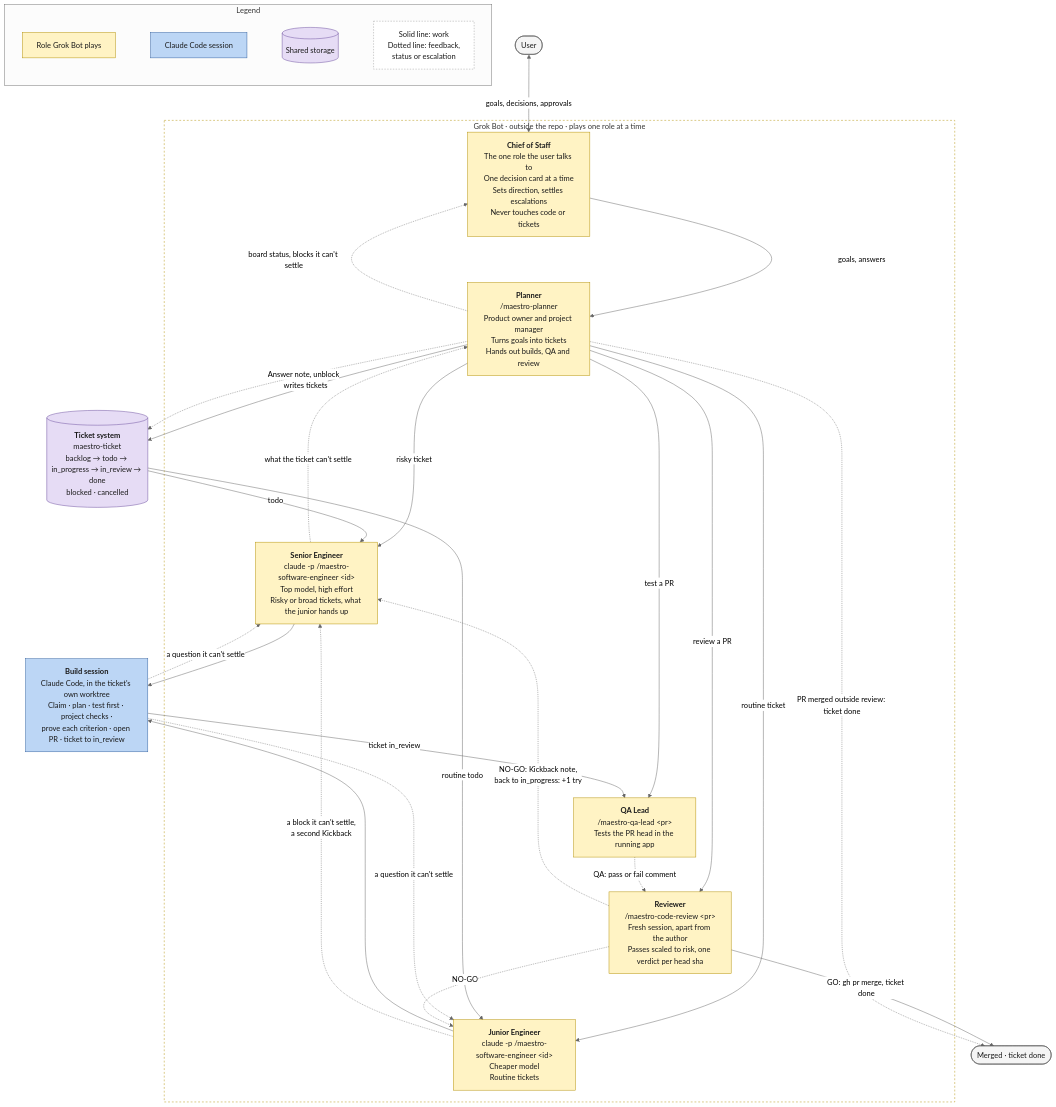
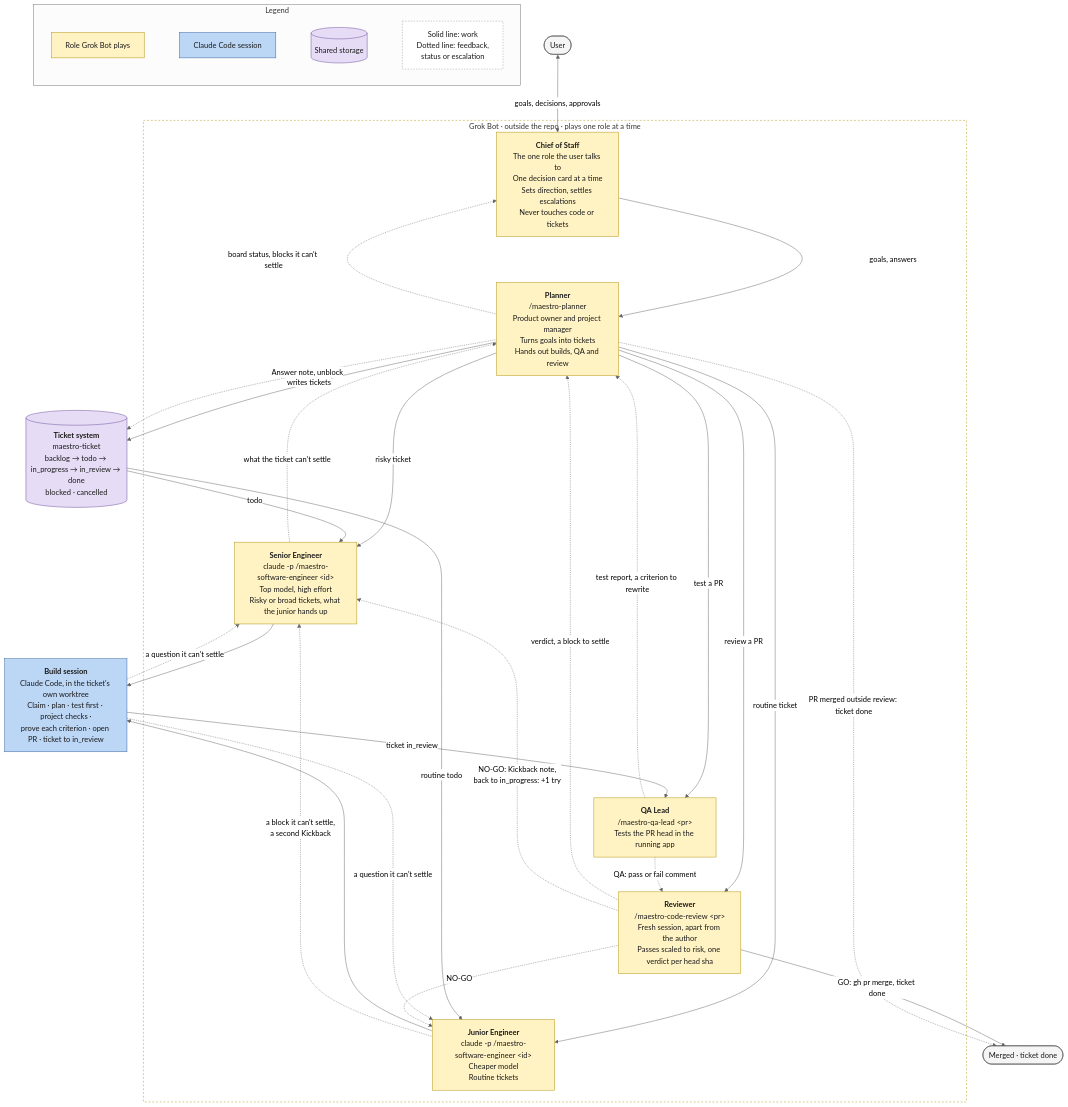
Before and after one commit to ProlesDei/maestro: the diagram in docs/team.mermaid, drawn with Mermaid (neutral theme). The commit also changed 13 other files, not shown here.

```diff
--- a/docs/team.mermaid
+++ b/docs/team.mermaid
@@ -1,72 +1,74 @@
 flowchart TD
     User([User])
 
     subgraph Grok ["Grok Bot · outside the repo · plays one role at a time"]
         CoS["<b>Chief of Staff</b><br/>The one role the user talks to<br/>One decision card at a time<br/>Sets direction, settles escalations<br/>Never touches code or tickets"]
         Planner["<b>Planner</b><br/>/maestro-planner<br/>Product owner and project manager<br/>Turns goals into tickets<br/>Hands out builds, QA and review"]
         Sr["<b>Senior Engineer</b><br/>claude -p /maestro-software-engineer &lt;id&gt;<br/>Top model, high effort<br/>Risky or broad tickets, what the junior hands up"]
         Jr["<b>Junior Engineer</b><br/>claude -p /maestro-software-engineer &lt;id&gt;<br/>Cheaper model<br/>Routine tickets"]
         QA["<b>QA Lead</b><br/>/maestro-qa-lead &lt;pr&gt;<br/>Tests the PR head in the running app"]
         Rev["<b>Reviewer</b><br/>/maestro-code-review &lt;pr&gt;<br/>Fresh session, apart from the author<br/>Passes scaled to risk, one verdict per head sha"]
     end
 
     Tickets[("<b>Ticket system</b><br/>maestro-ticket<br/>backlog → todo → in_progress → in_review → done<br/>blocked · cancelled")]
 
     Build["<b>Build session</b><br/>Claude Code, in the ticket's own worktree<br/>Claim · plan · test first · project checks ·<br/>prove each criterion · open PR · ticket to in_review"]
 
     Done([Merged · ticket done])
 
     %% User and Chief of Staff
     User <-->|"goals, decisions, approvals"| CoS
 
     %% The Chief of Staff leads through the Planner
     CoS -->|"goals, answers"| Planner
     Planner -.->|"board status, blocks it can't settle"| CoS
 
     %% The Planner hands out each job
     Planner -->|"risky ticket"| Sr
     Planner -->|"routine ticket"| Jr
     Planner -->|"test a PR"| QA
     Planner -->|"review a PR"| Rev
 
     %% Planning
     Planner -->|"writes tickets"| Tickets
     Tickets -->|"todo"| Sr
     Tickets -->|"routine todo"| Jr
 
     %% Build
     Sr --> Build
     Jr --> Build
     Build -.->|"a question it can't settle"| Sr
     Build -.->|"a question it can't settle"| Jr
     Jr -.->|"a block it can't settle,<br/>a second Kickback"| Sr
     Sr -.->|"what the ticket can't settle"| Planner
+    QA -.->|"test report, a criterion to rewrite"| Planner
+    Rev -.->|"verdict, a block to settle"| Planner
     Planner -.->|"Answer note, unblock"| Tickets
 
     %% Test and review
     Build -->|"ticket in_review"| QA
     QA -.->|"QA: pass or fail comment"| Rev
     Rev -->|"GO: gh pr merge, ticket done"| Done
     Planner -.->|"PR merged outside review: ticket done"| Done
     Rev -.->|"NO-GO: Kickback note,<br/>back to in_progress: +1 try"| Sr
     Rev -.->|"NO-GO"| Jr
 
     %% Legend
     subgraph Legend ["Legend"]
         direction LR
         L6["Role Grok Bot plays"] ~~~ L1["Claude Code session"] ~~~ L4[("Shared storage")] ~~~ L5["Solid line: work<br/>Dotted line: feedback,<br/>status or escalation"]
     end
 
     %% Styles
     classDef session fill:#bcd6f5,stroke:#2f5f9e,color:#1a1a1a
     classDef storage fill:#e6dcf5,stroke:#6a4c9c,color:#1a1a1a
     classDef person fill:#f5f5f5,stroke:#555,color:#1a1a1a
     classDef bot fill:#fff3c4,stroke:#b38f00,color:#1a1a1a
     classDef note fill:#ffffff,stroke:#999,color:#1a1a1a,stroke-dasharray:3 3
 
     class Build,L1 session
     class Tickets,L4 storage
     class User,Done person
     class CoS,Planner,Sr,Jr,QA,Rev,L6 bot
     class L5 note
     style Grok fill:none,stroke:#b38f00,stroke-dasharray:4 4
```
